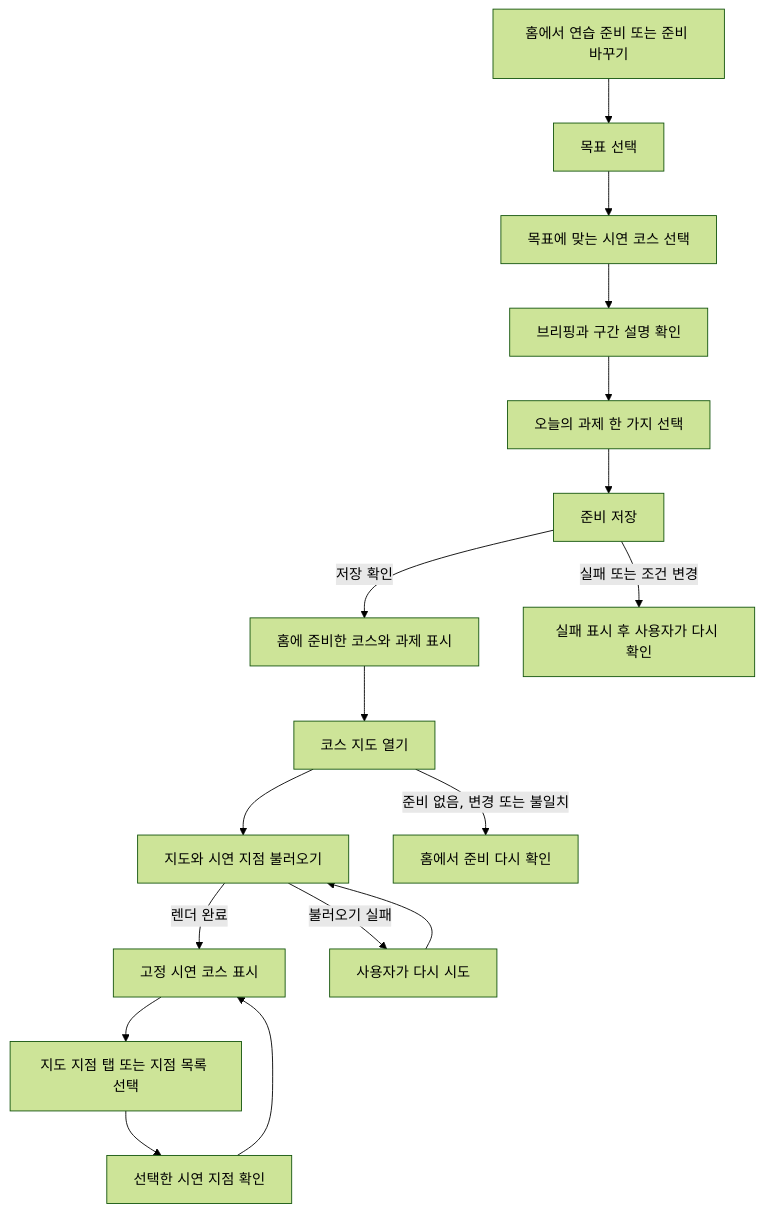
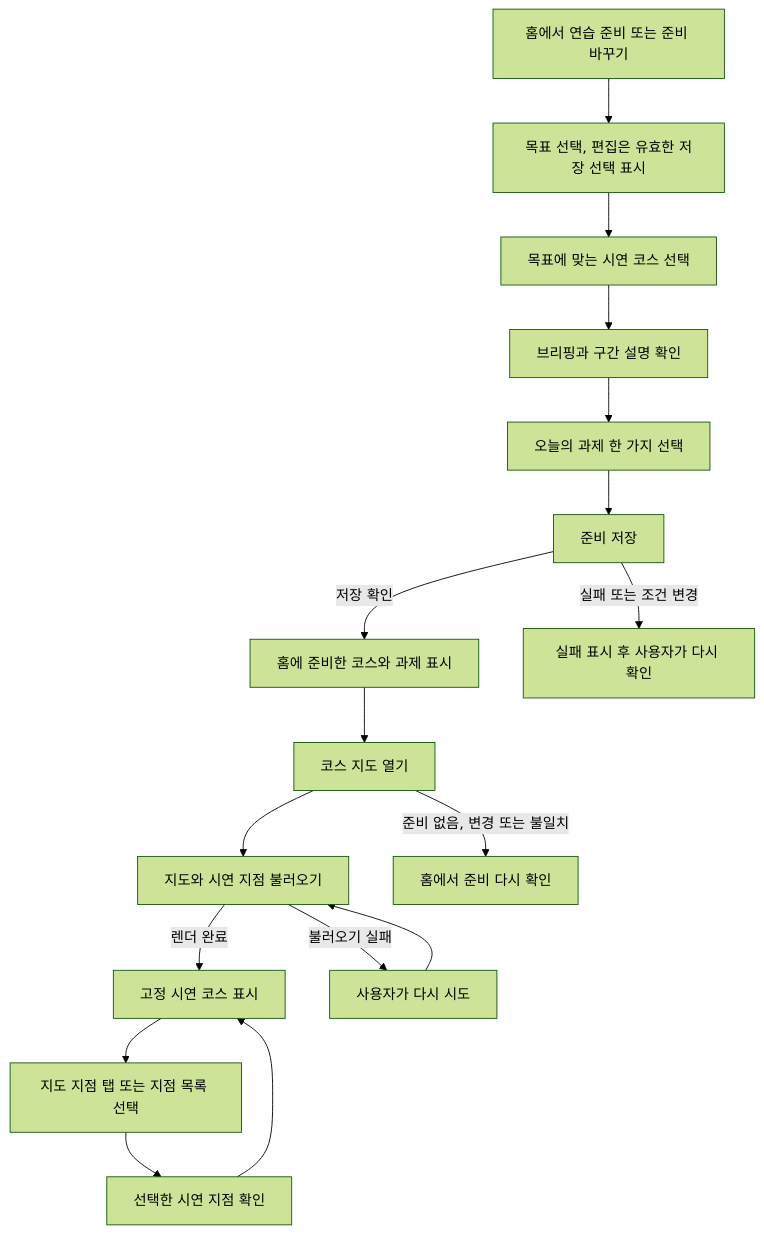
One commit to HanGilLab/Android changed the second of 9 diagrams in docs/development/app-usage-flow.md. Above: the diagram before and after it, drawn with Mermaid (forest theme). The commit also changed other lines of this file and 2 other files, not shown here.

Commit message:
docs: align contest draft with current practice flow (#104)

````diff
--- a/docs/development/app-usage-flow.md
+++ b/docs/development/app-usage-flow.md
@@ -32,19 +32,19 @@
 ```mermaid
 flowchart TD
-    prepareOpen["홈에서 연습 준비 또는 준비 바꾸기"] --> selectGoal["목표 선택"]
+    prepareOpen["홈에서 연습 준비 또는 준비 바꾸기"] --> selectGoal["목표 선택, 편집은 유효한 저장 선택 표시"]
     selectGoal --> selectCourse["목표에 맞는 시연 코스 선택"]
     selectCourse --> briefing["브리핑과 구간 설명 확인"]
     briefing --> selectTask["오늘의 과제 한 가지 선택"]
     selectTask --> savePreparation["준비 저장"]
     savePreparation -->|"저장 확인"| preparedHome["홈에 준비한 코스와 과제 표시"]
     savePreparation -->|"실패 또는 조건 변경"| preparationError["실패 표시 후 사용자가 다시 확인"]
     preparedHome --> openMap["코스 지도 열기"]
     openMap --> mapLoading["지도와 시연 지점 불러오기"]
     mapLoading -->|"렌더 완료"| mapReady["고정 시연 코스 표시"]
     mapLoading -->|"불러오기 실패"| mapRetry["사용자가 다시 시도"]
     mapRetry --> mapLoading
     mapReady --> pointPick["지도 지점 탭 또는 지점 목록 선택"]
     pointPick --> pointDetail["선택한 시연 지점 확인"]
     pointDetail --> mapReady
     openMap -->|"준비 없음, 변경 또는 불일치"| prepareAgain["홈에서 준비 다시 확인"]
 ```
````
